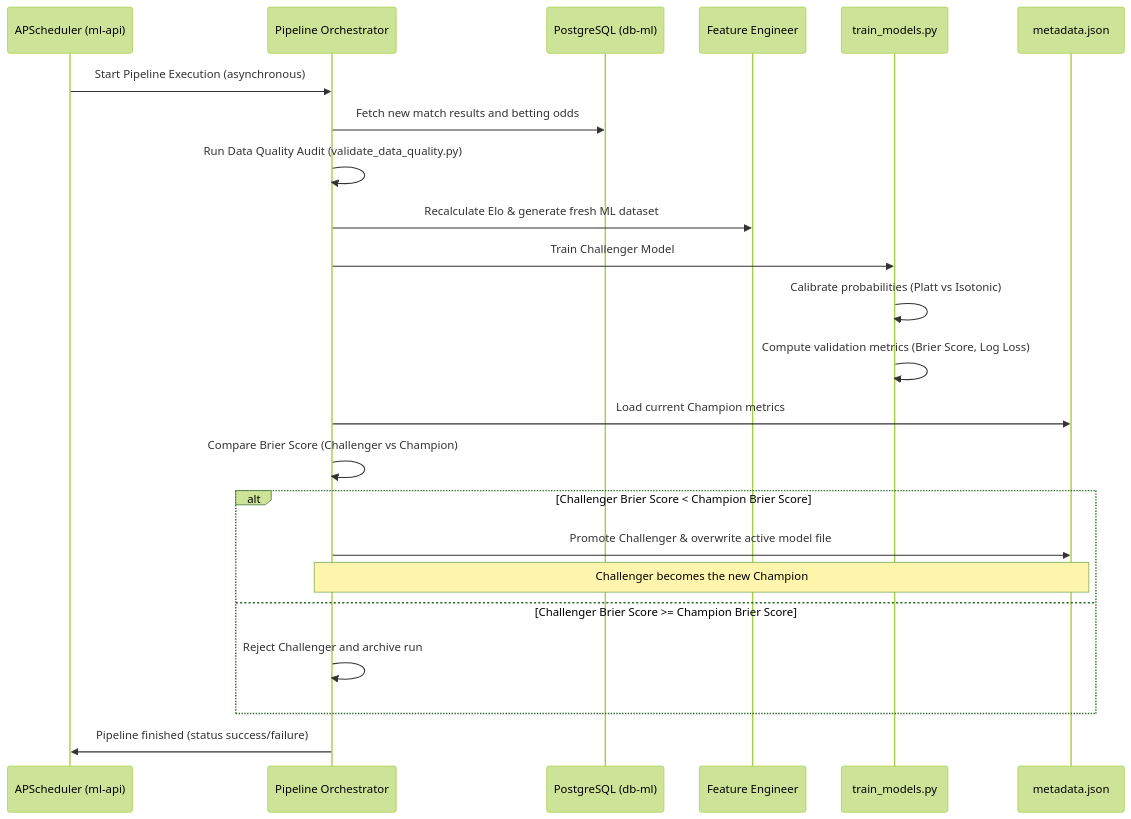
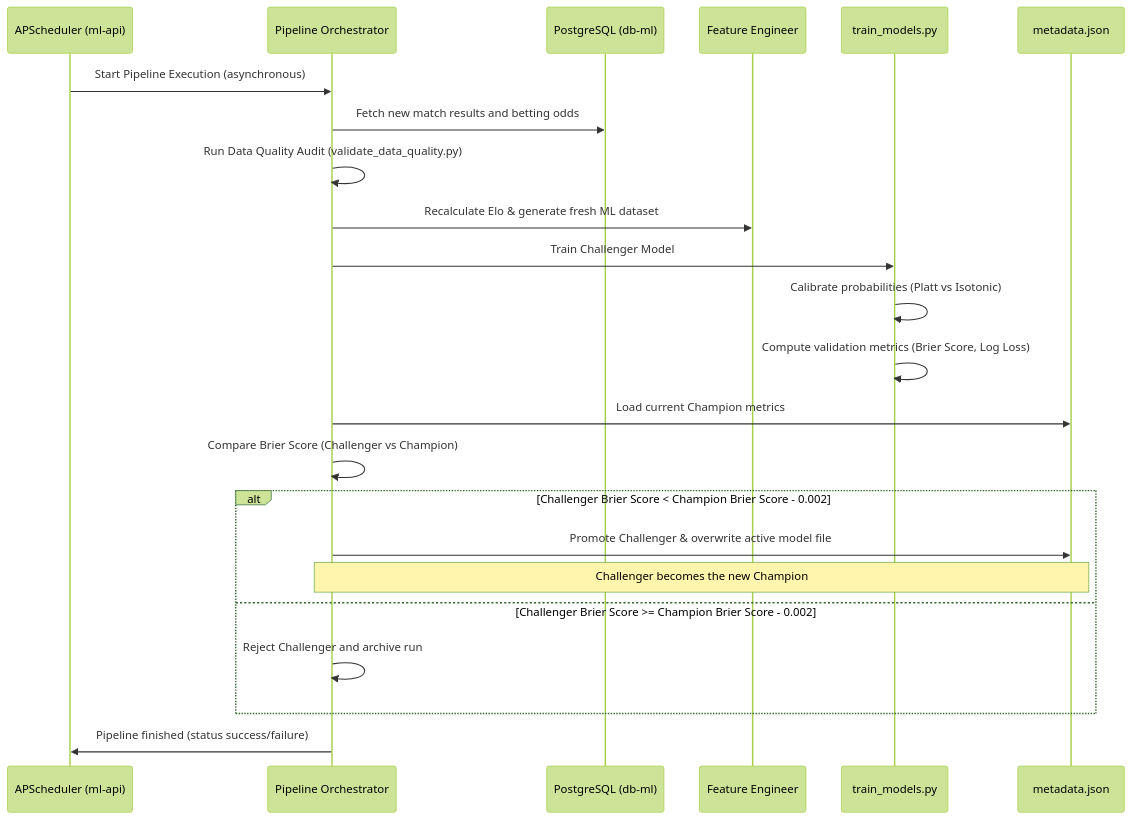
One commit to John-Do59/L1-DataLab- changed the second of 2 diagrams in docs/mlops_pipeline_industrialization.md. Above: the diagram before and after it, drawn with Mermaid (forest theme). The commit also changed other lines of this file, not shown here.

Commit message:
docs(mlops): update architecture guide and document explainability & pytest suite

````diff
--- a/docs/mlops_pipeline_industrialization.md
+++ b/docs/mlops_pipeline_industrialization.md
@@ -71,26 +72,26 @@
 ```mermaid
 sequenceDiagram
     participant Scheduler as APScheduler (ml-api)
     participant Pipe as Pipeline Orchestrator
     participant DB as PostgreSQL (db-ml)
     participant FE as Feature Engineer
     participant Trainer as train_models.py
     participant Registry as metadata.json
     
     Scheduler->>Pipe: Start Pipeline Execution (asynchronous)
     Pipe->>DB: Fetch new match results and betting odds
     Pipe->>Pipe: Run Data Quality Audit (validate_data_quality.py)
     Pipe->>FE: Recalculate Elo & generate fresh ML dataset
     Pipe->>Trainer: Train Challenger Model
     Trainer->>Trainer: Calibrate probabilities (Platt vs Isotonic)
     Trainer->>Trainer: Compute validation metrics (Brier Score, Log Loss)
     Pipe->>Registry: Load current Champion metrics
     Pipe->>Pipe: Compare Brier Score (Challenger vs Champion)
-    alt Challenger Brier Score < Champion Brier Score
+    alt Challenger Brier Score < Champion Brier Score - 0.002
         Pipe->>Registry: Promote Challenger & overwrite active model file
         Note over Pipe, Registry: Challenger becomes the new Champion
-    else Challenger Brier Score >= Champion Brier Score
+    else Challenger Brier Score >= Champion Brier Score - 0.002
         Pipe->>Pipe: Reject Challenger and archive run
     end
     Pipe->>Scheduler: Pipeline finished (status success/failure)
 ```
````
